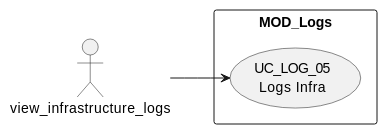
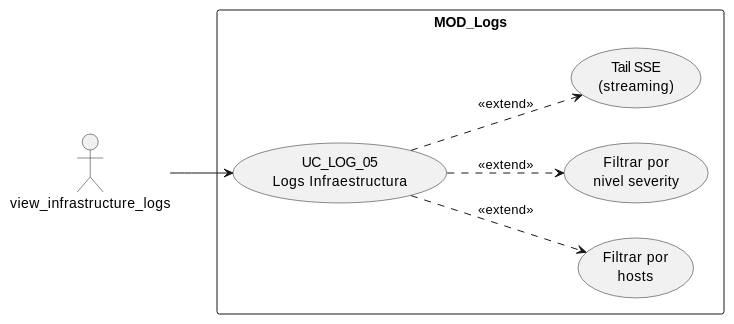
The first of 4 diagrams in source/requisitos/casos-uso/logs/uc-log-05/diagramas-uml.rst (jcg-admin/IACT-docs), drawn with PlantUML before and after one commit. The commit also changed other lines of this file and 5 other files, not shown here.

First line of the commit message:
Complete UC diagram coverage and fix final actor names

```diff
--- a/source/requisitos/casos-uso/logs/uc-log-05/diagramas-uml.rst
+++ b/source/requisitos/casos-uso/logs/uc-log-05/diagramas-uml.rst
@@ -10,10 +10,16 @@
 .. uml::
 
  @startuml
  left to right direction
  actor "view_infrastructure_logs" as USR
  rectangle "MOD_Logs" {
-   usecase "UC_LOG_05\nLogs Infra" as UC05
+   usecase "UC_LOG_05\nLogs Infraestructura" as UC05
+   usecase "Filtrar por\nhosts" as FH
+   usecase "Filtrar por\nnivel severity" as FS
+   usecase "Tail SSE\n(streaming)" as T
  }
  USR --> UC05
+ UC05 ..> FH : <<extend>>
+ UC05 ..> FS : <<extend>>
+ UC05 ..> T : <<extend>>
  @enduml
```
